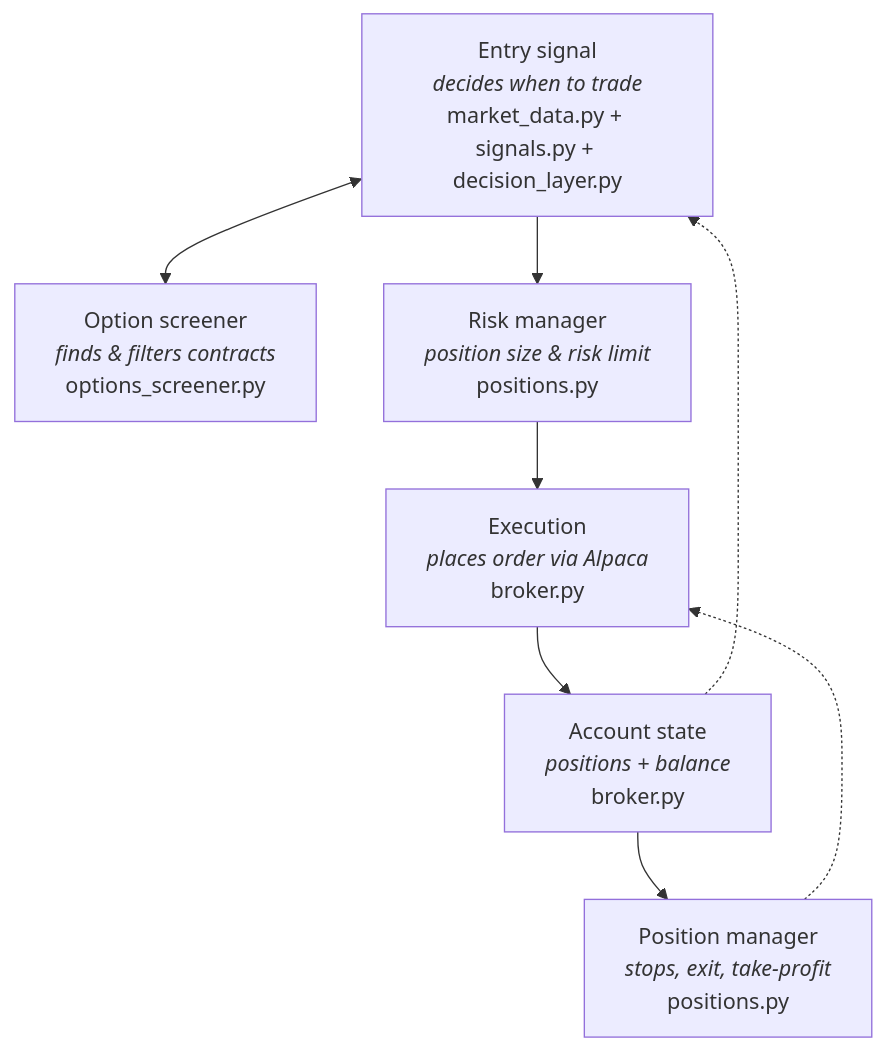
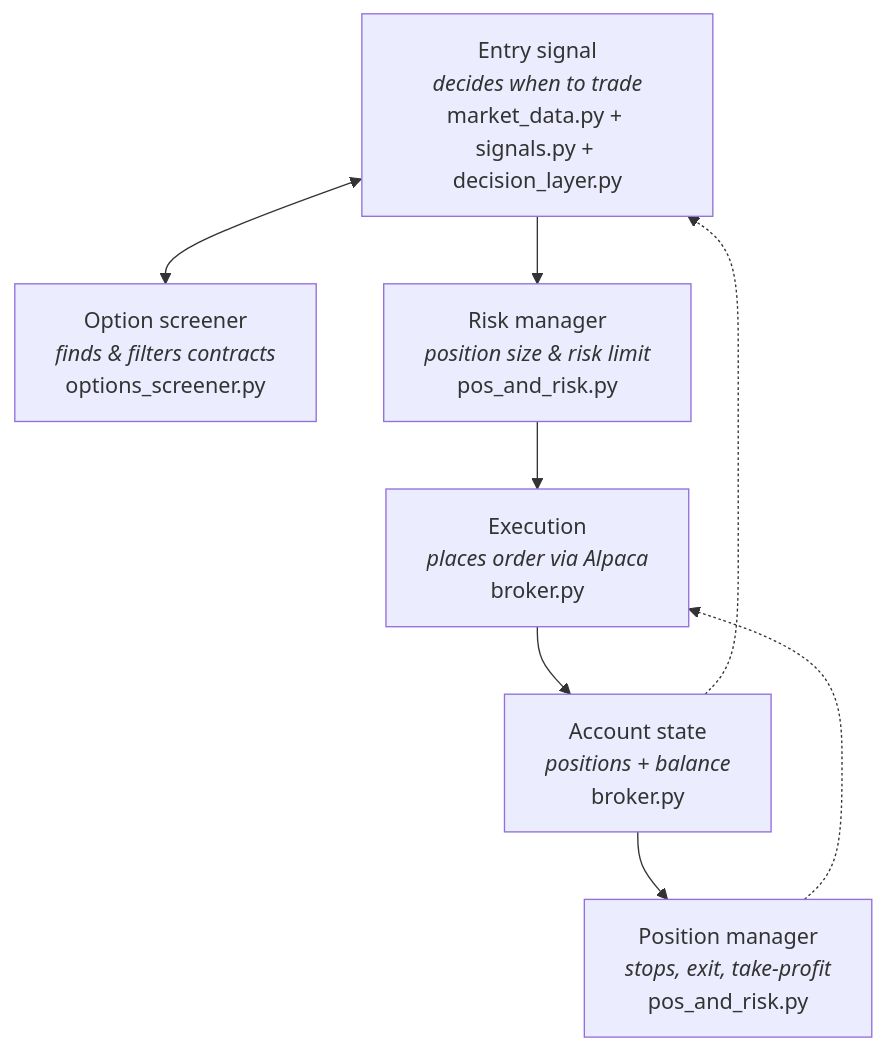
Before and after one commit to VincentTLe/regimepilot-practice: the diagram in README.md, drawn with Mermaid. The commit also changed other lines of this file and 12 other files, not shown here.

First line of the commit message:
Rename models.py to data_models.py and positions.py to pos_and_risk.py

````diff
--- a/README.md
+++ b/README.md
@@ -14,17 +14,17 @@
 ```mermaid
 flowchart TB
     ES["Entry signal<br/><i>decides when to trade</i><br/>market_data.py + signals.py + decision_layer.py"]
     OS["Option screener<br/><i>finds & filters contracts</i><br/>options_screener.py"]
-    RM["Risk manager<br/><i>position size & risk limit</i><br/>positions.py"]
+    RM["Risk manager<br/><i>position size & risk limit</i><br/>pos_and_risk.py"]
     EX["Execution<br/><i>places order via Alpaca</i><br/>broker.py"]
     AS["Account state<br/><i>positions + balance</i><br/>broker.py"]
-    PM["Position manager<br/><i>stops, exit, take-profit</i><br/>positions.py"]
+    PM["Position manager<br/><i>stops, exit, take-profit</i><br/>pos_and_risk.py"]
 
     ES <--> OS
     ES --> RM
     RM --> EX
     EX --> AS
     AS --> PM
     AS -.-> ES
     PM -.-> EX
 ```
````
